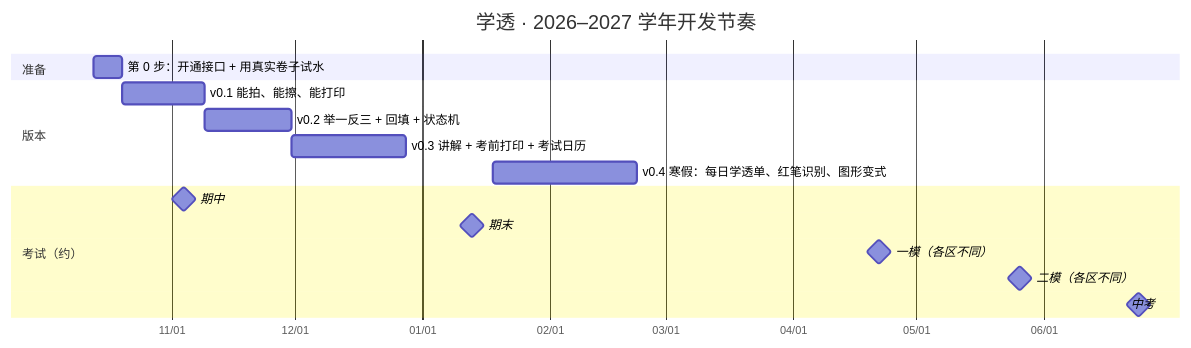
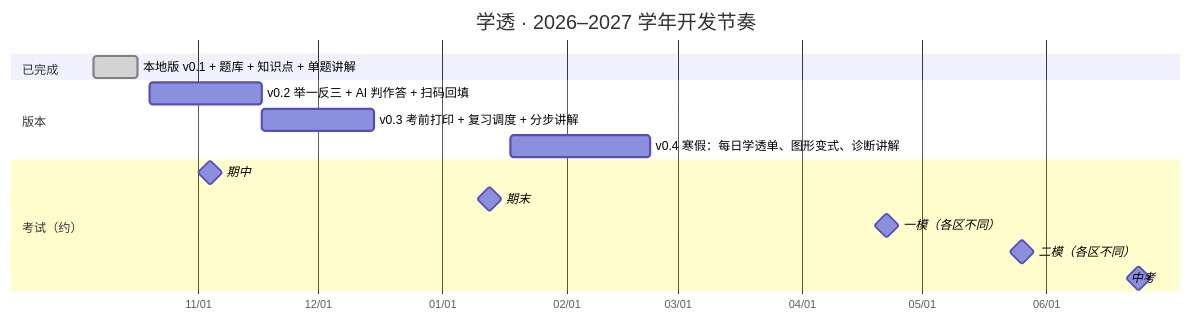
The diagram in mistake-mastery/docs/09-roadmap.md (tianbao424/Claude-made-stock-bot), drawn with Mermaid before and after one commit. The commit also changed other lines of this file and 1 other file, not shown here.

Commit message:
学透：路线图按 2026-10-17 的真实进度重排（已完成 / 下一步）

````diff
--- a/mistake-mastery/docs/09-roadmap.md
+++ b/mistake-mastery/docs/09-roadmap.md
@@ -10,19 +12,18 @@
 ```mermaid
 gantt
     title 学透 · 2026–2027 学年开发节奏
     dateFormat  YYYY-MM-DD
     axisFormat  %m/%d
-    section 准备
-    第 0 步：开通接口 + 用真实卷子试水   :p0, 2026-10-13, 7d
+    section 已完成
+    本地版 v0.1 + 题库 + 知识点 + 单题讲解   :done, v1, 2026-10-06, 2026-10-17
     section 版本
-    v0.1 能拍、能擦、能打印              :v1, after p0, 20d
-    v0.2 举一反三 + 回填 + 状态机         :v2, after v1, 21d
-    v0.3 讲解 + 考前打印 + 考试日历        :v3, after v2, 28d
-    v0.4 寒假：每日学透单、红笔识别、图形变式 :v4, 2027-01-18, 35d
+    v0.2 举一反三 + AI 判作答 + 扫码回填     :v2, 2026-10-20, 28d
+    v0.3 考前打印 + 复习调度 + 分步讲解      :v3, after v2, 28d
+    v0.4 寒假：每日学透单、图形变式、诊断讲解 :v4, 2027-01-18, 35d
     section 考试（约）
     期中             :milestone, 2026-11-04, 0d
     期末             :milestone, 2027-01-13, 0d
     一模（各区不同）   :milestone, 2027-04-22, 0d
     二模（各区不同）   :milestone, 2027-05-26, 0d
     中考             :milestone, 2027-06-24, 0d
 ```
````
